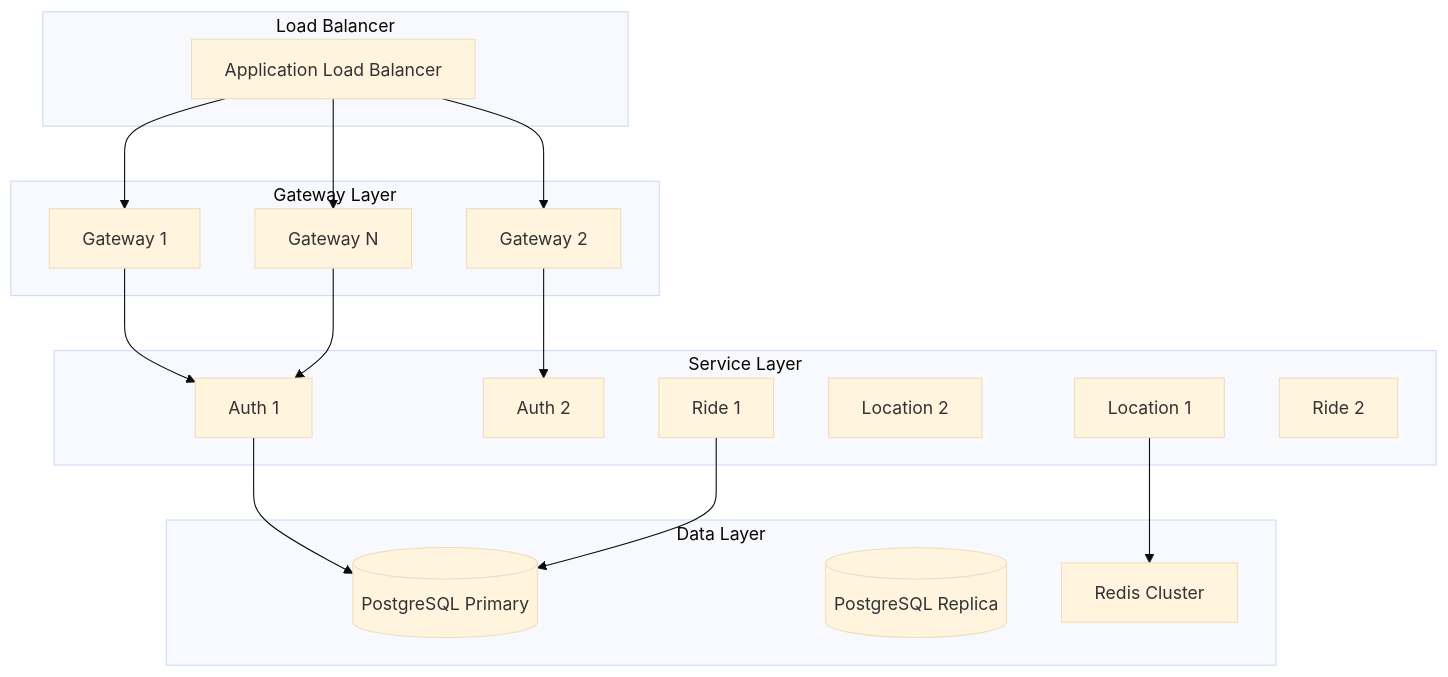
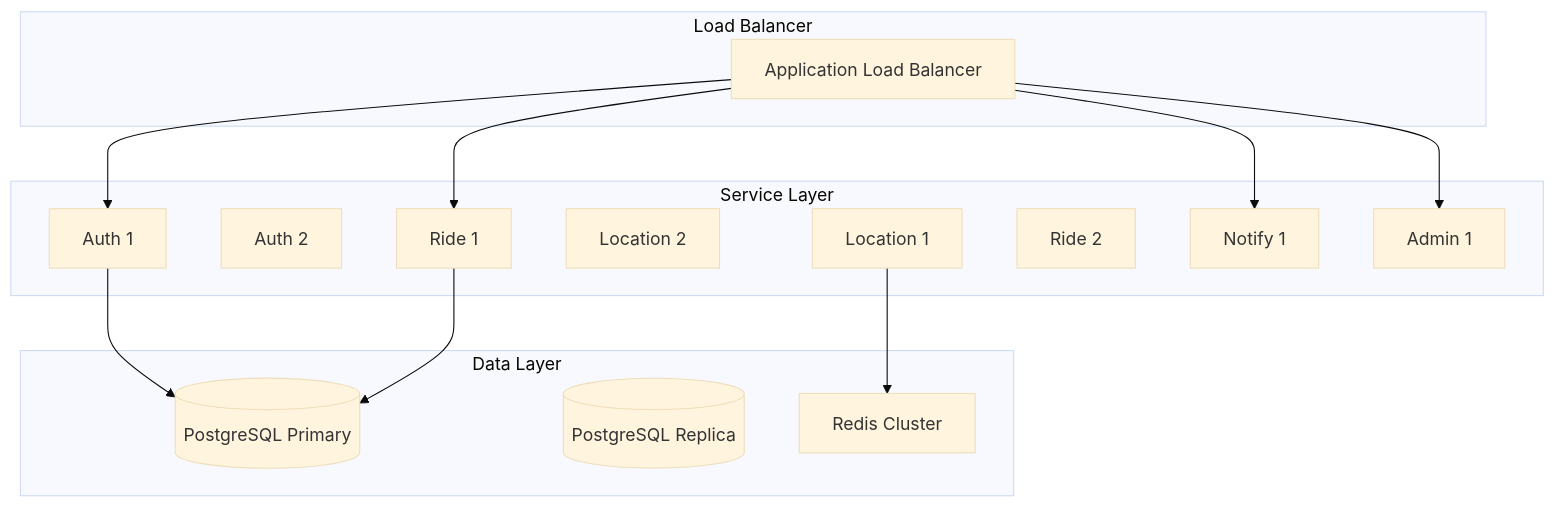
One commit to 13x54n/Eve changed the tenth of 11 diagrams in ARCHITECTURE.md. Above: the diagram before and after it, drawn with Mermaid (base theme). The commit also changed other lines of this file and 54 other files, not shown here.

````diff
--- a/ARCHITECTURE.md
+++ b/ARCHITECTURE.md
@@ -687,39 +673,32 @@
 ```mermaid
 graph TB
     subgraph LB["Load Balancer"]
         ALB[Application Load Balancer]
-    end
-    
-    subgraph Gateways["Gateway Layer"]
-        GW1[Gateway 1]
-        GW2[Gateway 2]
-        GW3[Gateway N]
     end
     
     subgraph Services["Service Layer"]
         Auth1[Auth 1]
         Auth2[Auth 2]
         Loc1[Location 1]
         Loc2[Location 2]
         Ride1[Ride 1]
         Ride2[Ride 2]
+        Ntfy1[Notify 1]
+        Admin1[Admin 1]
     end
     
     subgraph Data["Data Layer"]
         PGPrimary[(PostgreSQL Primary)]
         PGReplica[(PostgreSQL Replica)]
         RedisCluster[Redis Cluster]
     end
     
-    ALB --> GW1
-    ALB --> GW2
-    ALB --> GW3
-    
-    GW1 --> Auth1
-    GW2 --> Auth2
-    GW3 --> Auth1
-    
+    ALB --> Auth1
+    ALB --> Ride1
+    ALB --> Ntfy1
+    ALB --> Admin1
+
     Auth1 --> PGPrimary
     Loc1 --> RedisCluster
     Ride1 --> PGPrimary
 ```
````
